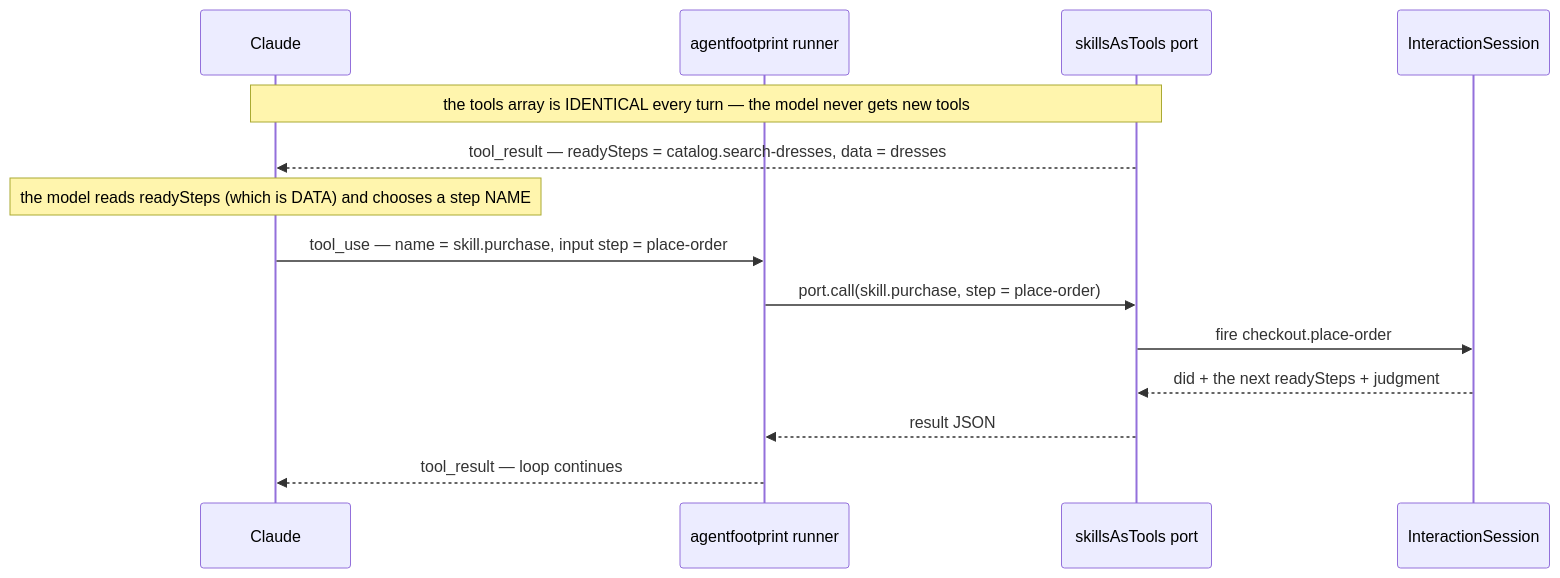
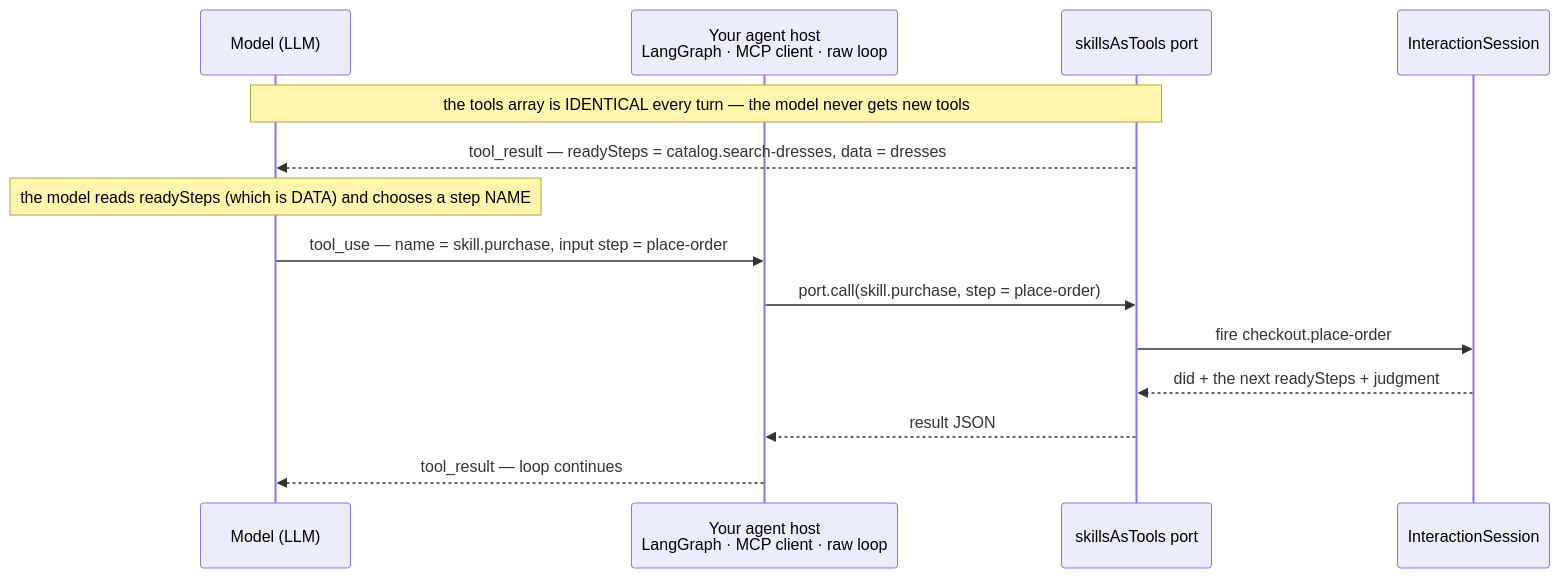
Before and after one commit to footprintjs/hcifootprint: the second of 2 diagrams in README.md, drawn with Mermaid. The commit also changed other lines of this file and 5 other files, not shown here.

````diff
--- a/README.md
+++ b/README.md
@@ -116,17 +116,17 @@
 ```mermaid
 sequenceDiagram
-  participant LLM as Claude
-  participant AF as agentfootprint runner
+  participant M as Model (LLM)
+  participant H as Your agent host<br/>LangGraph · MCP client · raw loop
   participant T as skillsAsTools port
   participant S as InteractionSession
 
-  Note over LLM,T: the tools array is IDENTICAL every turn — the model never gets new tools
-  T-->>LLM: tool_result — readySteps = catalog.search-dresses, data = dresses
-  Note over LLM: the model reads readySteps (which is DATA) and chooses a step NAME
-  LLM->>AF: tool_use — name = skill.purchase, input step = place-order
-  AF->>T: port.call(skill.purchase, step = place-order)
+  Note over M,T: the tools array is IDENTICAL every turn — the model never gets new tools
+  T-->>M: tool_result — readySteps = catalog.search-dresses, data = dresses
+  Note over M: the model reads readySteps (which is DATA) and chooses a step NAME
+  M->>H: tool_use — name = skill.purchase, input step = place-order
+  H->>T: port.call(skill.purchase, step = place-order)
   T->>S: fire checkout.place-order
   S-->>T: did + the next readySteps + judgment
-  T-->>AF: result JSON
-  AF-->>LLM: tool_result — loop continues
+  T-->>H: result JSON
+  H-->>M: tool_result — loop continues
 ```
````
